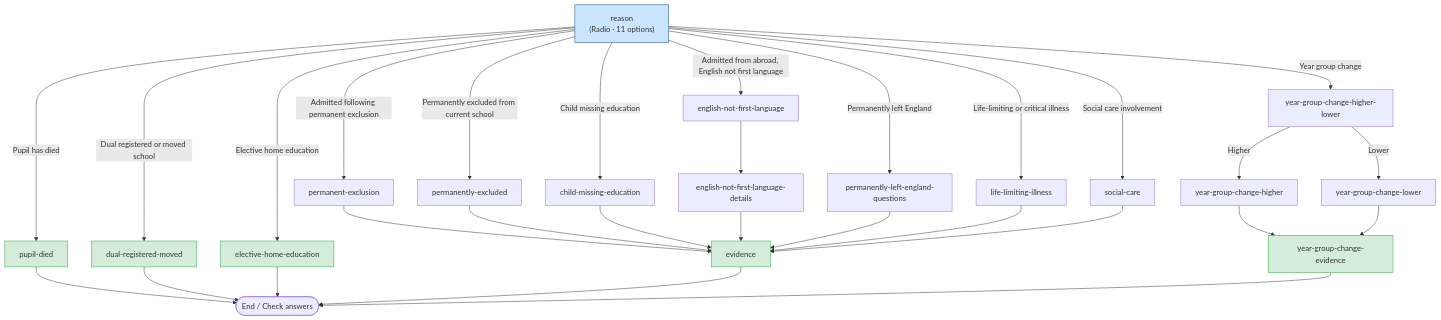
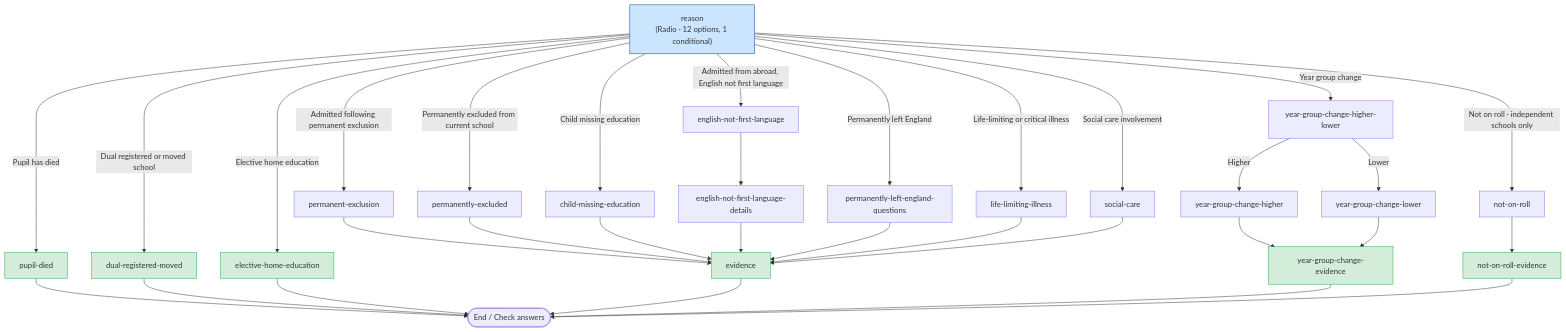
Before and after one commit to DFE-Digital/check-performance-data: the diagram in docs/Remove_KS4June-flow.md, drawn with Mermaid. The commit also changed other lines of this file and 1 other file, not shown here.

````diff
--- a/docs/Remove_KS4June-flow.md
+++ b/docs/Remove_KS4June-flow.md
@@ -16,48 +17,53 @@
 ```mermaid
 flowchart TD
-    reason["reason<br/>(Radio · 11 options)"]
+    reason["reason<br/>(Radio · 12 options, 1 conditional)"]
 
     %% --- branches off the reason question ---
     reason -->|Admitted following permanent exclusion| permanent-exclusion
     reason -->|Admitted from abroad, English not first language| english-not-first-language
     reason -->|Child missing education| child-missing-education
     reason -->|Pupil has died| pupil-died
     reason -->|Dual registered or moved school| dual-registered-moved
     reason -->|Elective home education| elective-home-education
+    reason -->|Not on roll · independent schools only| not-on-roll
     reason -->|Permanently excluded from current school| permanently-excluded
     reason -->|Permanently left England| permanently-left-england-questions
     reason -->|Social care involvement| social-care
     reason -->|Life-limiting or critical illness| life-limiting-illness
     reason -->|Year group change| year-group-change-higher-lower
 
     %% --- intermediate / branching pages ---
     english-not-first-language --> english-not-first-language-details
 
     year-group-change-higher-lower -->|Higher| year-group-change-higher
     year-group-change-higher-lower -->|Lower| year-group-change-lower
 
     %% --- routes into the shared evidence page ---
     permanent-exclusion --> evidence
     permanently-excluded --> evidence
     child-missing-education --> evidence
     english-not-first-language-details --> evidence
     permanently-left-england-questions --> evidence
     life-limiting-illness --> evidence
     social-care --> evidence
 
     %% --- year-group change has its own evidence page ---
     year-group-change-higher --> year-group-change-evidence
     year-group-change-lower --> year-group-change-evidence
 
+    %% --- not on roll has its own evidence page ---
+    not-on-roll --> not-on-roll-evidence
+
     %% --- terminal pages ---
     pupil-died --> done([End / Check answers])
     dual-registered-moved --> done
     elective-home-education --> done
     evidence --> done
     year-group-change-evidence --> done
+    not-on-roll-evidence --> done
 
     classDef terminal fill:#d4edda,stroke:#28a745;
     classDef start fill:#cce5ff,stroke:#004085;
     class reason start;
-    class evidence,year-group-change-evidence,pupil-died,dual-registered-moved,elective-home-education terminal;
+    class evidence,year-group-change-evidence,not-on-roll-evidence,pupil-died,dual-registered-moved,elective-home-education terminal;
 ```
````
